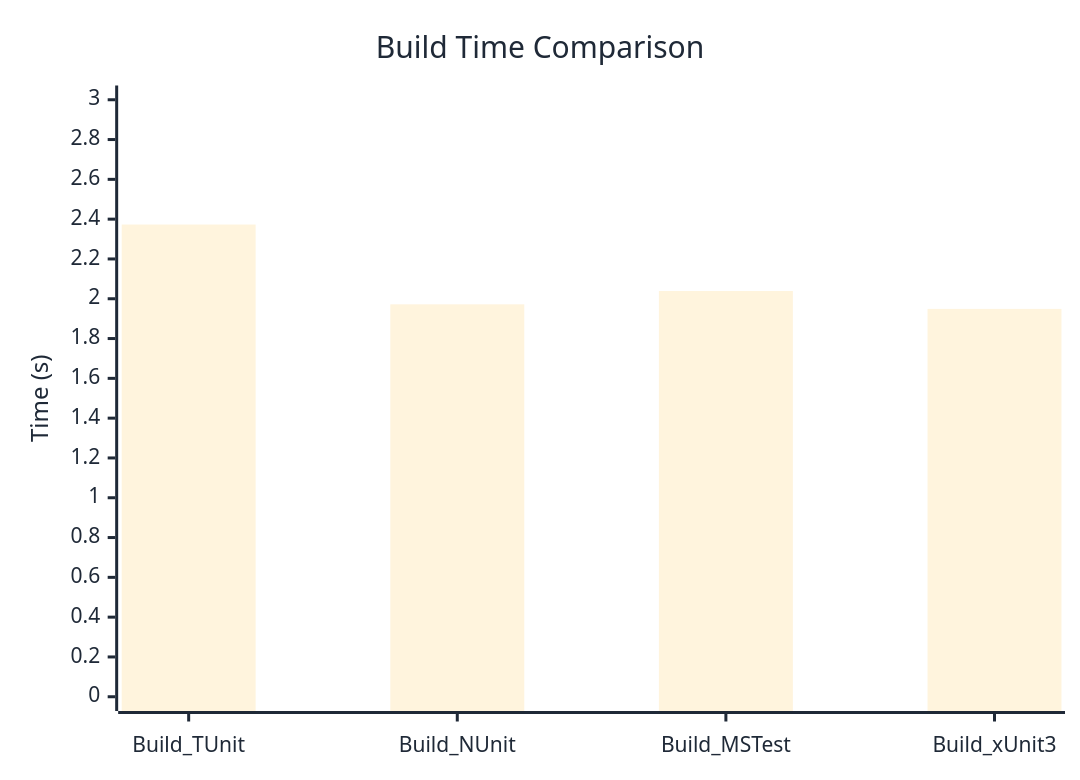
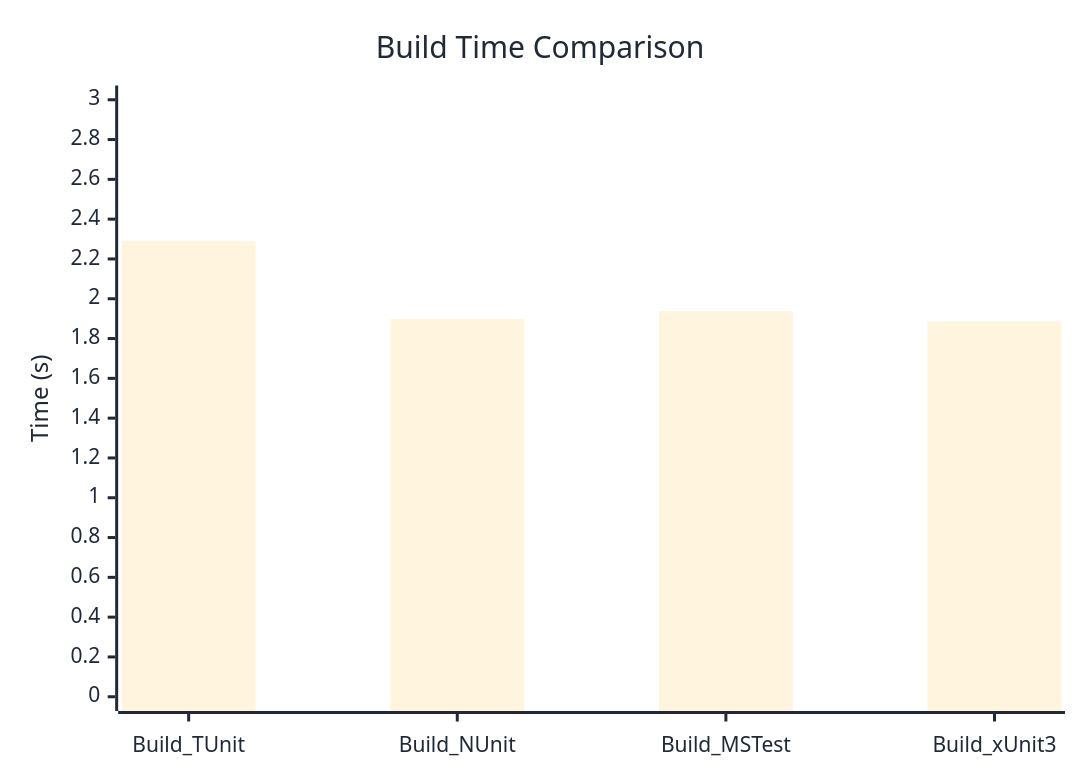
The diagram in docs/docs/benchmarks/BuildTime.md (weiyilai/TUnit), drawn with Mermaid before and after one commit. The commit also changed other lines of this file and 17 other files, not shown here.

````diff
--- a/docs/docs/benchmarks/BuildTime.md
+++ b/docs/docs/benchmarks/BuildTime.md
@@ -28,37 +28,37 @@
 ```mermaid
 %%{init: {
   'theme':'base',
   'themeVariables': {
     'primaryColor': '#2563eb',
     'primaryTextColor': '#1f2937',
     'primaryBorderColor': '#1e40af',
     'lineColor': '#6b7280',
     'secondaryColor': '#7c3aed',
     'tertiaryColor': '#dc2626',
     'background': '#ffffff',
     'mainBkg': '#2563eb',
     'secondBkg': '#7c3aed',
     'tertiaryBkg': '#dc2626',
     'clusterBkg': '#f3f4f6',
     'edgeLabelBackground': '#ffffff',
     'tertiaryTextColor': '#1f2937',
     'pie1': '#2563eb',
     'pie2': '#7c3aed',
     'pie3': '#dc2626',
     'pie4': '#f59e0b',
     'pie5': '#10b981',
     'pie6': '#06b6d4',
     'pie7': '#ec4899',
     'pie8': '#6366f1',
     'pie9': '#84cc16',
     'pie10': '#f97316',
     'pie11': '#14b8a6',
     'pie12': '#a855f7'
   }
 }}%%
 xychart-beta
   title "Build Time Comparison"
   x-axis ["Build_TUnit", "Build_NUnit", "Build_MSTest", "Build_xUnit3"]
   y-axis "Time (s)" 0 --> 3
-  bar [2.373, 1.972, 2.039, 1.949]
+  bar [2.289, 1.897, 1.938, 1.885]
 ```
````
